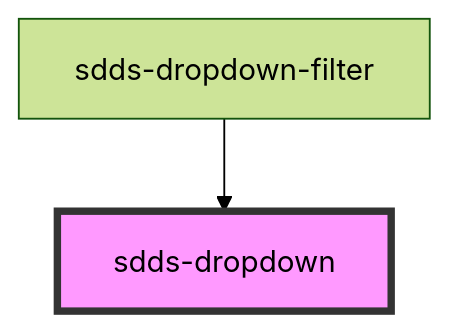
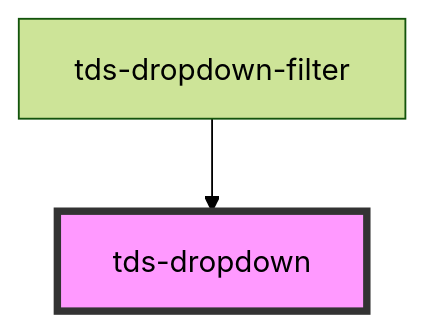
The diagram in core/src/components/dropdown/readme.md (scania-digital-design-system/tegel), drawn with Mermaid (forest theme) before and after one commit. The commit also changed other lines of this file and 11 other files, not shown here.

````diff
--- a/core/src/components/dropdown/readme.md
+++ b/core/src/components/dropdown/readme.md
@@ -45,5 +45,5 @@
 ```mermaid
 graph TD;
-  sdds-dropdown-filter --> sdds-dropdown
-  style sdds-dropdown fill:#f9f,stroke:#333,stroke-width:4px
+  tds-dropdown-filter --> tds-dropdown
+  style tds-dropdown fill:#f9f,stroke:#333,stroke-width:4px
 ```
````
